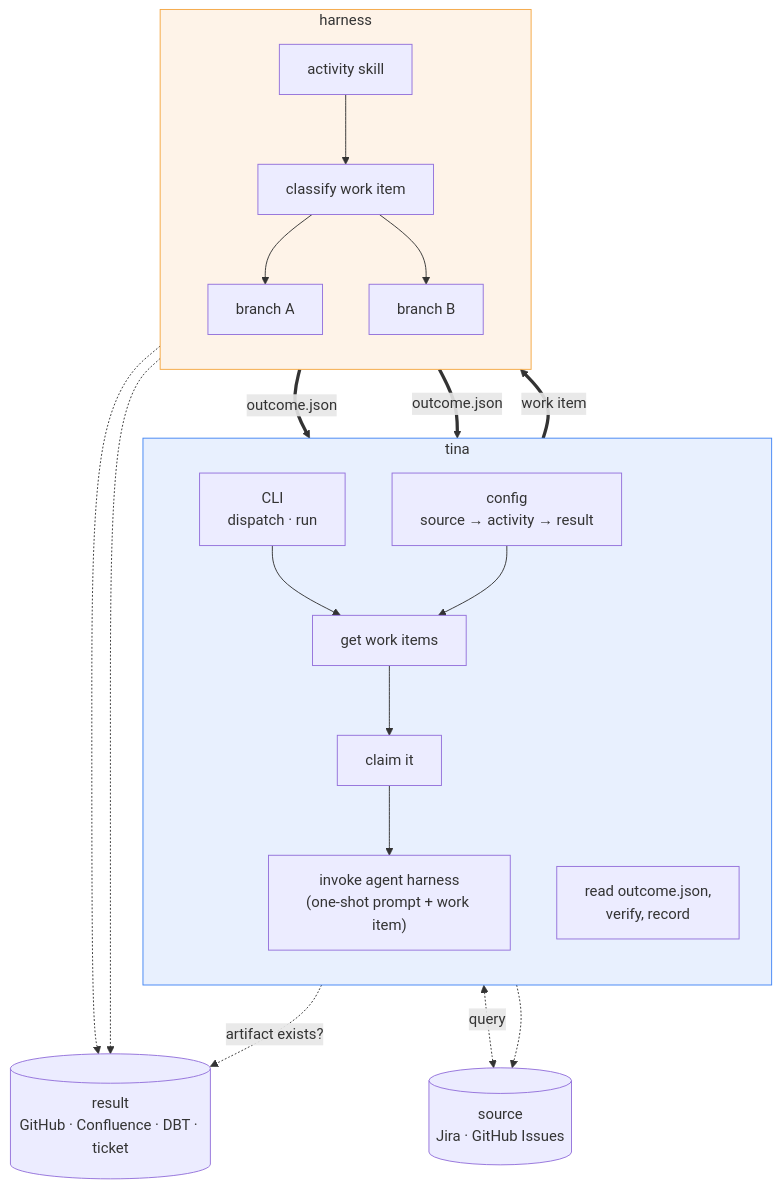
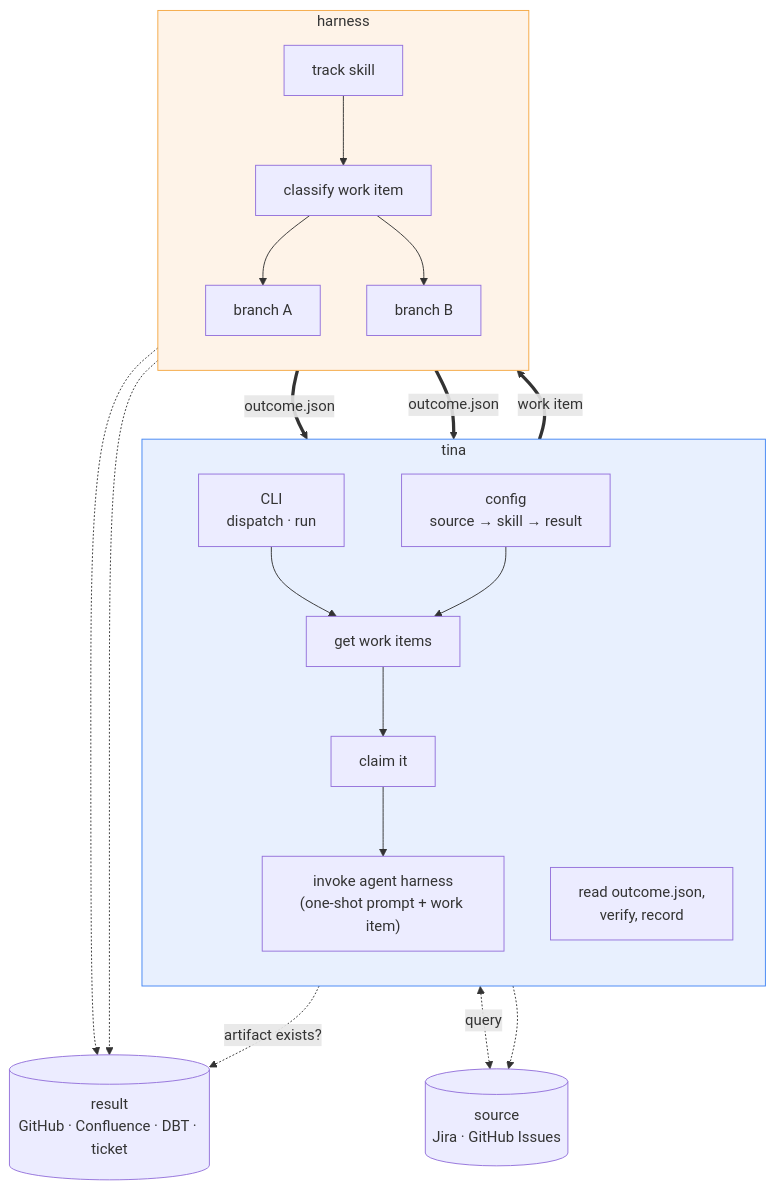
The second of 5 diagrams in docs/architecture.md (raiderrobert/tina), drawn with Mermaid before and after one commit. The commit also changed other lines of this file and 34 other files, not shown here.

First line of the commit message:
refactor: rename workflow -> track across code, config, docs, and tests

````diff
--- a/docs/architecture.md
+++ b/docs/architecture.md
@@ -128,42 +128,42 @@
 ```mermaid
 flowchart TB
     subgraph outer["tina"]
         direction TB
         entry["CLI<br/>dispatch · run"]
-        cfg["config<br/>source → activity → result"]
+        cfg["config<br/>source → skill → result"]
         get["get work items"]
         claim["claim it"]
         invoke["invoke agent harness<br/>(one-shot prompt + work item)"]
         record["read outcome.json,<br/>verify, record"]
     end
 
     subgraph inner["harness"]
         direction TB
-        prompt["activity skill"]
+        prompt["track skill"]
         classify["classify work item"]
         subA["branch A"]
         subB["branch B"]
     end
 
     src[("source<br/>Jira · GitHub Issues")]
     dst[("result<br/>GitHub · Confluence · DBT · ticket")]
 
     entry --> get
     cfg --> get
     get --> claim
     claim --> invoke
     invoke ==>|"work item"| prompt
     prompt --> classify
     classify --> subA
     classify --> subB
     subA -.-> dst
     subB -.-> dst
     subA ==>|"outcome.json"| record
     subB ==>|"outcome.json"| record
     get <-.->|"query"| src
     claim -.-> src
     record -.->|"artifact exists?"| dst
 
     style outer fill:#e8f0fe,stroke:#4285f4
     style inner fill:#fef3e8,stroke:#f4a742
 ```
````
